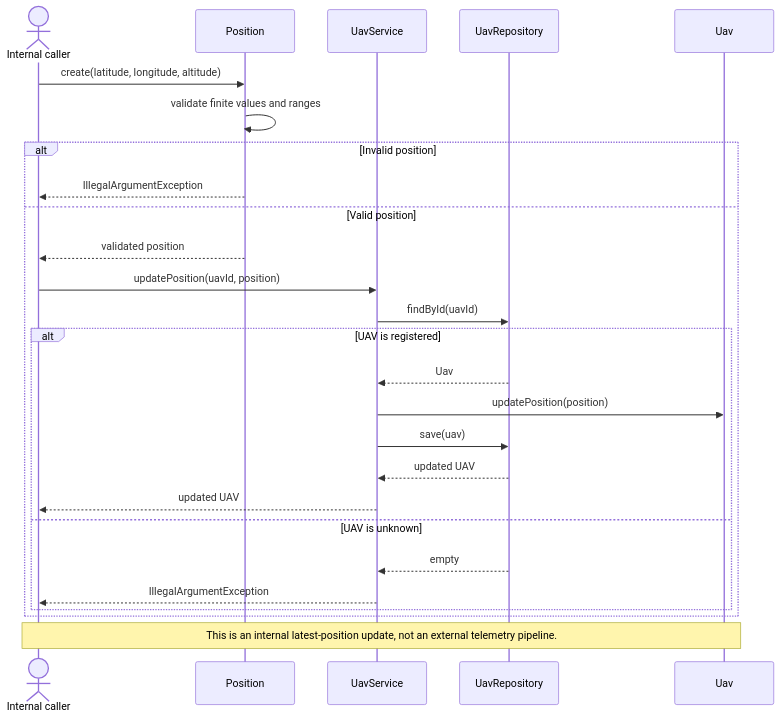
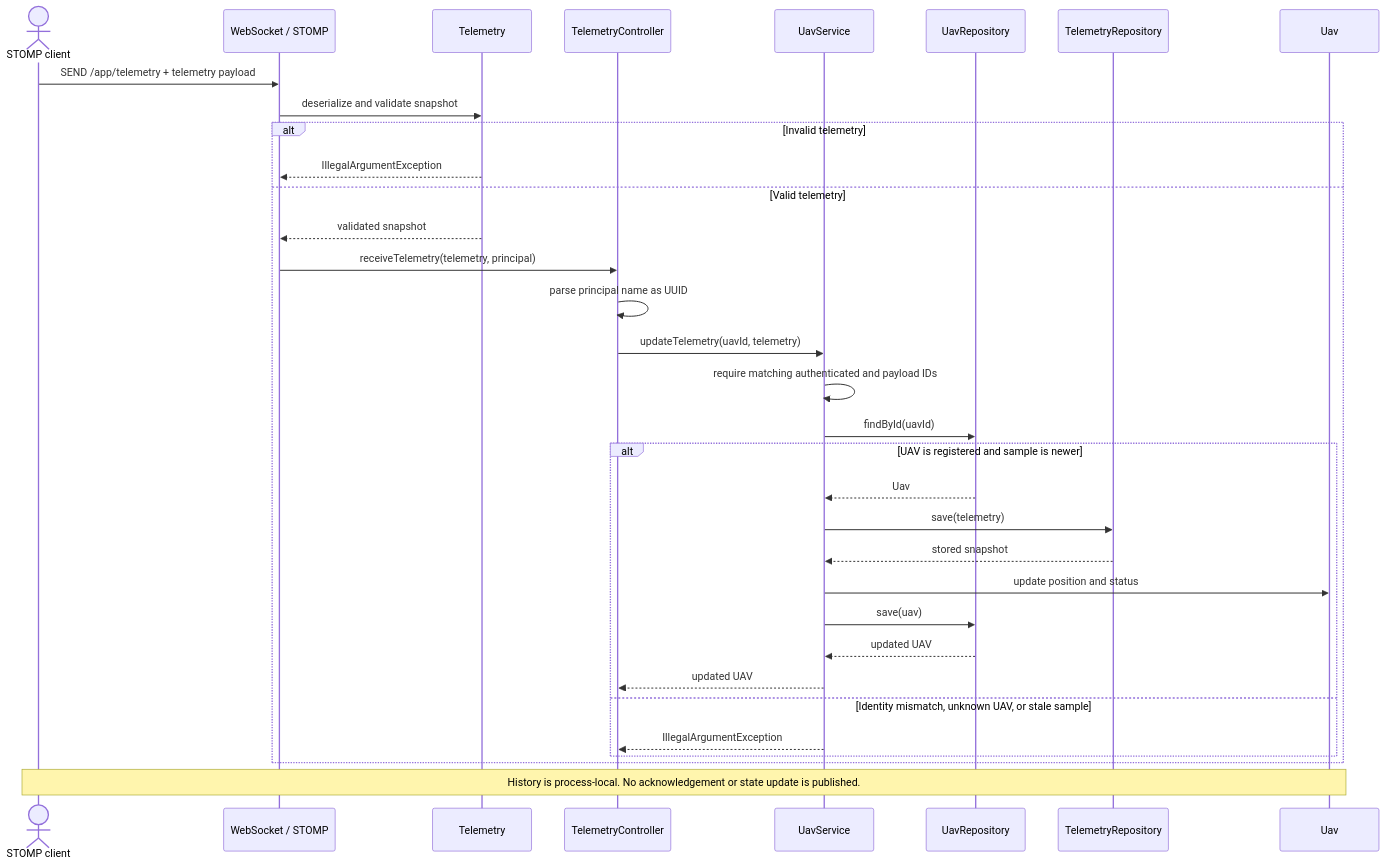
One commit to FranciscoGoal/UAV-Mission-Control changed the diagram in docs/diagram-sources/telemetry-flow.mmd. Above: the diagram before and after it, drawn with Mermaid. The commit also changed 16 other files, not shown here.

Commit message:
Telemetry DTO and repository done. Controller in progress

```diff
--- a/docs/diagram-sources/telemetry-flow.mmd
+++ b/docs/diagram-sources/telemetry-flow.mmd
@@ -1,27 +1,34 @@
 sequenceDiagram
-    actor Caller as Internal caller
-    participant Position as Position
+    actor Client as STOMP client
+    participant Transport as WebSocket / STOMP
+    participant Telemetry as Telemetry
+    participant Controller as TelemetryController
     participant Service as UavService
-    participant Repository as UavRepository
+    participant UavRepository as UavRepository
+    participant TelemetryRepository as TelemetryRepository
     participant Uav as Uav
 
-    Caller->>Position: create(latitude, longitude, altitude)
-    Position->>Position: validate finite values and ranges
-    alt Invalid position
-        Position-->>Caller: IllegalArgumentException
-    else Valid position
-        Position-->>Caller: validated position
-        Caller->>Service: updatePosition(uavId, position)
-        Service->>Repository: findById(uavId)
-        alt UAV is registered
-            Repository-->>Service: Uav
-            Service->>Uav: updatePosition(position)
-            Service->>Repository: save(uav)
-            Repository-->>Service: updated UAV
-            Service-->>Caller: updated UAV
-        else UAV is unknown
-            Repository-->>Service: empty
-            Service-->>Caller: IllegalArgumentException
+    Client->>Transport: SEND /app/telemetry + telemetry payload
+    Transport->>Telemetry: deserialize and validate snapshot
+    alt Invalid telemetry
+        Telemetry-->>Transport: IllegalArgumentException
+    else Valid telemetry
+        Telemetry-->>Transport: validated snapshot
+        Transport->>Controller: receiveTelemetry(telemetry, principal)
+        Controller->>Controller: parse principal name as UUID
+        Controller->>Service: updateTelemetry(uavId, telemetry)
+        Service->>Service: require matching authenticated and payload IDs
+        Service->>UavRepository: findById(uavId)
+        alt UAV is registered and sample is newer
+            UavRepository-->>Service: Uav
+            Service->>TelemetryRepository: save(telemetry)
+            TelemetryRepository-->>Service: stored snapshot
+            Service->>Uav: update position and status
+            Service->>UavRepository: save(uav)
+            UavRepository-->>Service: updated UAV
+            Service-->>Controller: updated UAV
+        else Identity mismatch, unknown UAV, or stale sample
+            Service-->>Controller: IllegalArgumentException
         end
     end
-    Note over Caller,Uav: This is an internal latest-position update, not an external telemetry pipeline.
+    Note over Client,Uav: History is process-local. No acknowledgement or state update is published.
```
